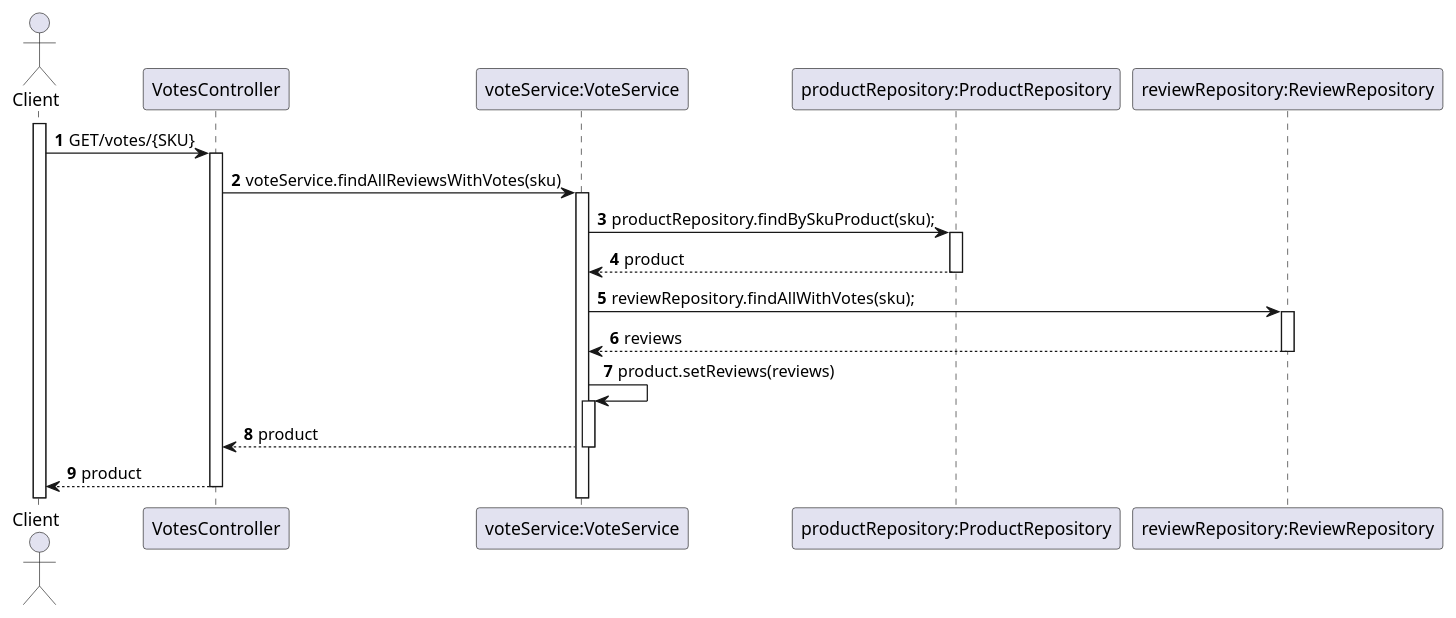
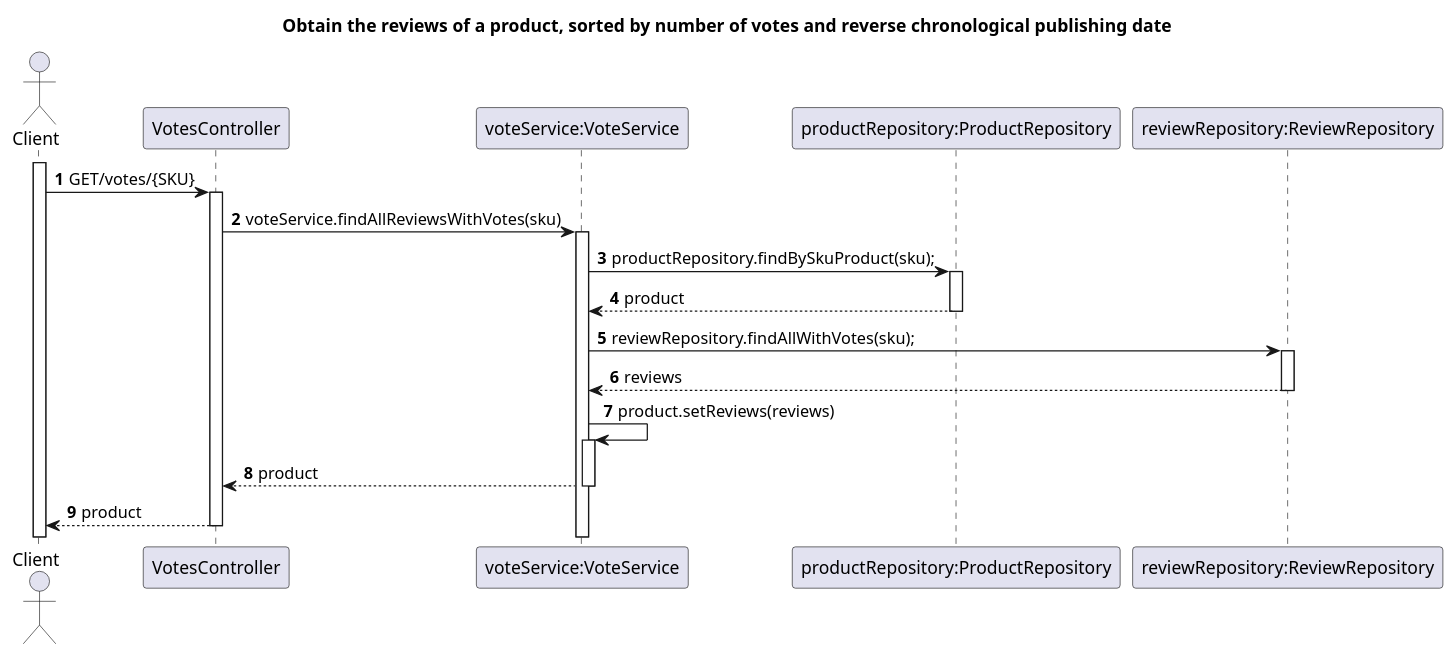
Before and after one commit to TiagoNora/SIDIS-Docs: the diagram in Docs/US08-SD.puml, drawn with PlantUML. The commit also changed 5 other files, not shown here.

```diff
--- a/Docs/US08-SD.puml
+++ b/Docs/US08-SD.puml
@@ -1,25 +1,26 @@
 @startuml
 'https://plantuml.com/sequence-diagram
 
+title Obtain the reviews of a product, sorted by number of votes and reverse chronological publishing date
 autoactivate on
 autonumber
 
 actor "Client" as Client
 participant "VotesController" as Ctrl
 participant "voteService:VoteService" as Svc
 participant "productRepository:ProductRepository" as productRepository
 participant "reviewRepository:ReviewRepository" as reviewRepository
 
 activate Client
 
 Client -> Ctrl : GET/votes/{SKU}
 Ctrl -> Svc : voteService.findAllReviewsWithVotes(sku)
 Svc -> productRepository: productRepository.findBySkuProduct(sku);
 productRepository --> Svc: product
 Svc -> reviewRepository: reviewRepository.findAllWithVotes(sku);
 reviewRepository --> Svc: reviews
 Svc -> Svc: product.setReviews(reviews)
 Svc --> Ctrl: product
 Ctrl --> Client: product
 
 @enduml
```
